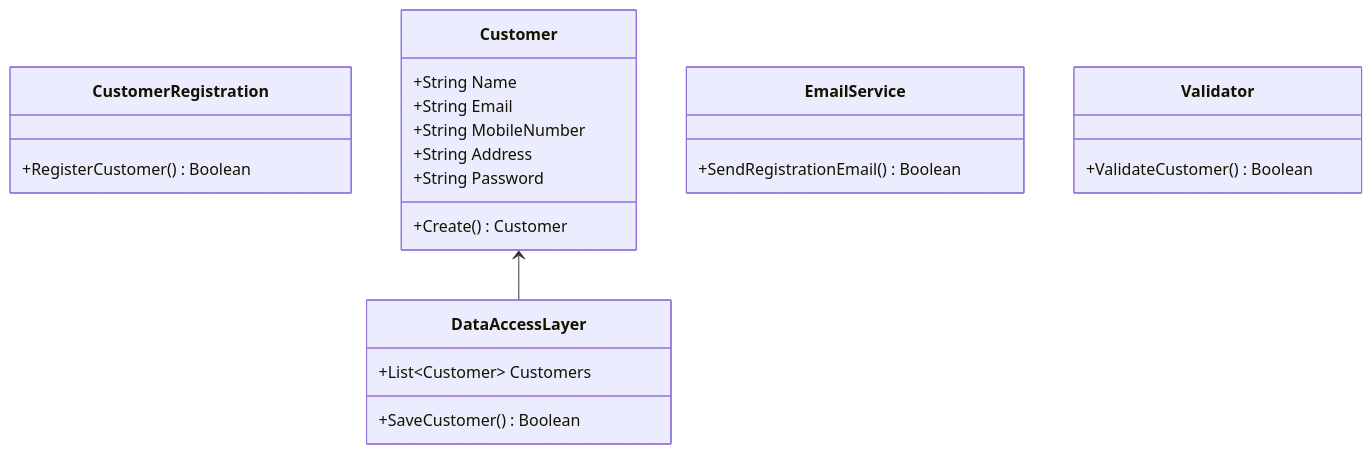
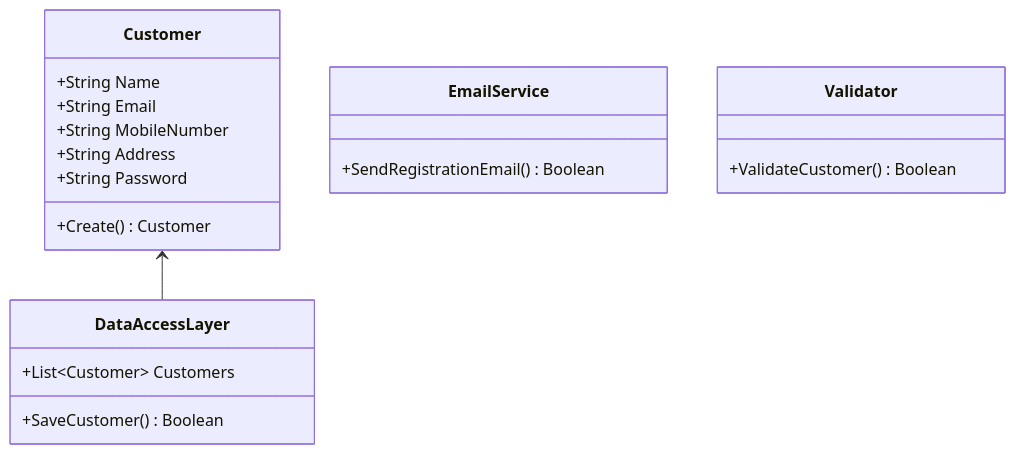
Before and after one commit to UPT-FAING-EPIS/lab-2025-ii-pds-u2-02-cs-J0rgZ: the diagram in CustomerApp/disenio.md, drawn with Mermaid. The commit also changed 640 other files, not shown here.

````diff
--- a/CustomerApp/disenio.md
+++ b/CustomerApp/disenio.md
@@ -1,28 +1,25 @@
 ```mermaid.md
 classDiagram
-
-class CustomerRegistration
-CustomerRegistration : +RegisterCustomer() Boolean
 
 class Customer
 Customer : +String Name
 Customer : +String Email
 Customer : +String MobileNumber
 Customer : +String Address
 Customer : +String Password
 Customer : +Create() Customer
 
 class DataAccessLayer
 DataAccessLayer : +List~Customer~ Customers
 DataAccessLayer : +SaveCustomer() Boolean
 
 class EmailService
 EmailService : +SendRegistrationEmail() Boolean
 
 class Validator
 Validator : +ValidateCustomer() Boolean
 
 
 Customer <-- DataAccessLayer
 
 ```
````
